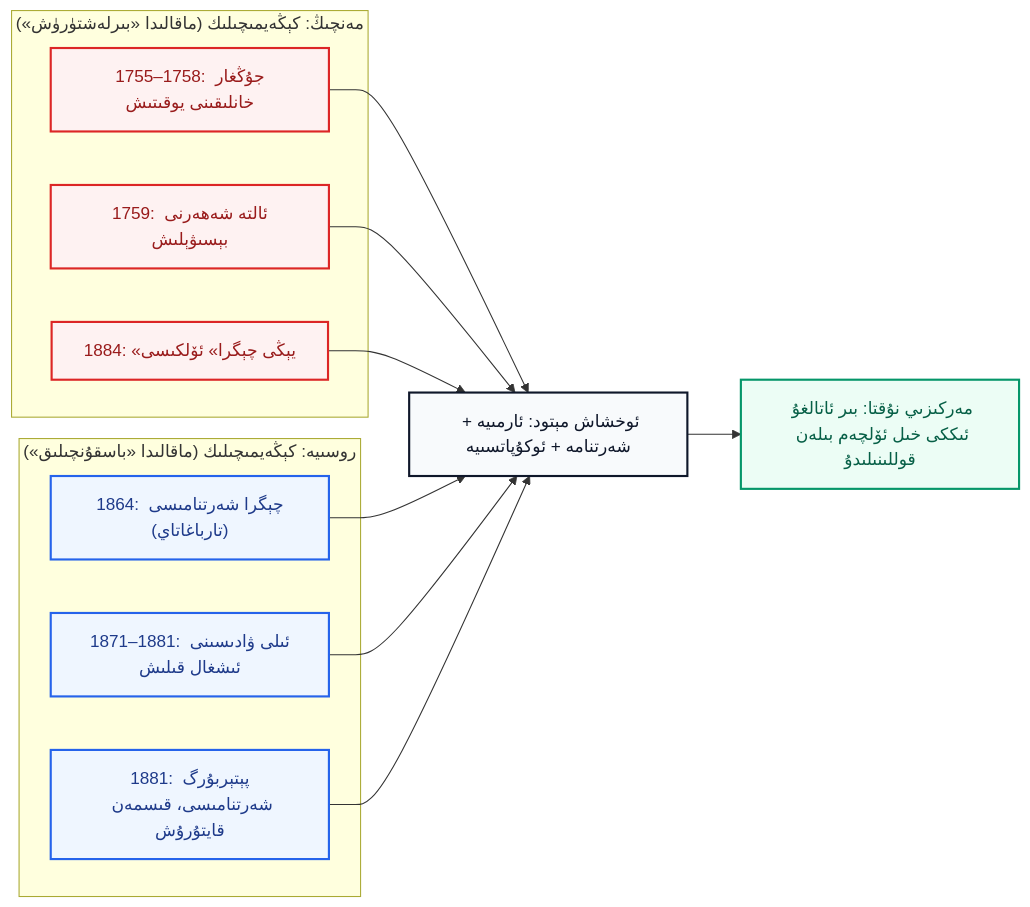
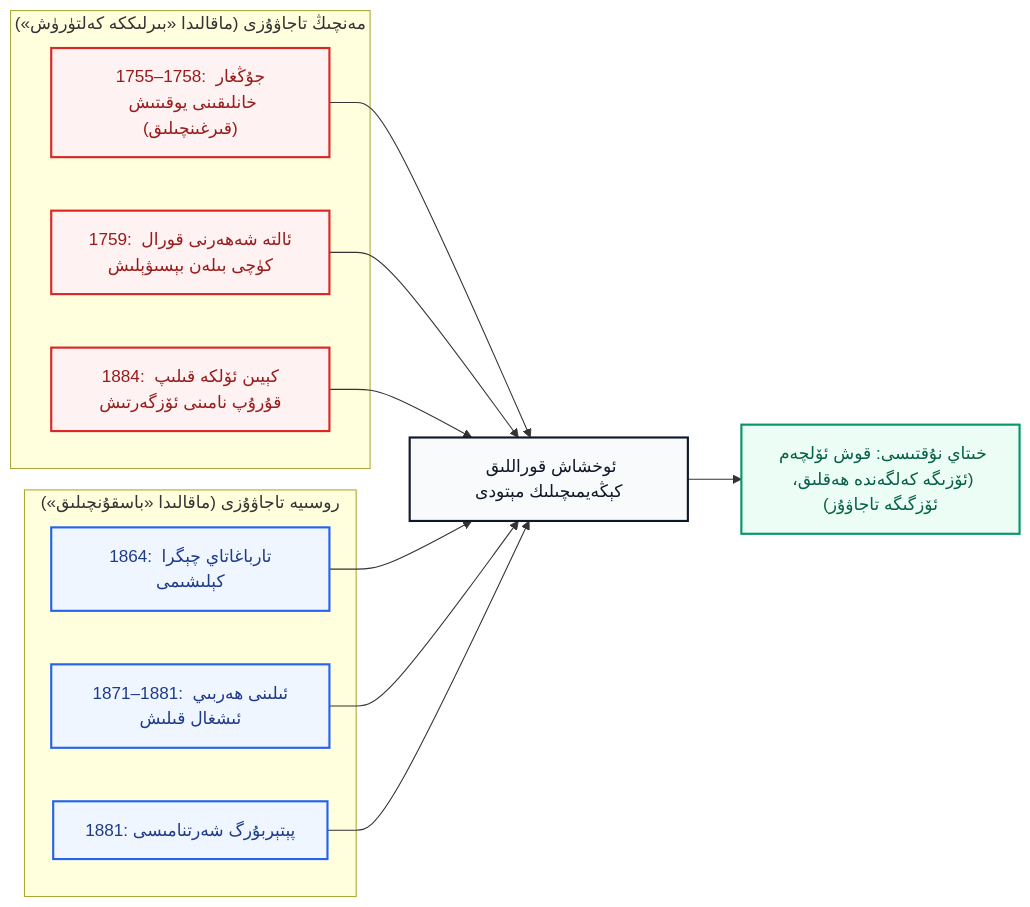
The second of 4 diagrams in _posts/2026-10-25-Xu-Jianying-Tarixiy-Tuzumi-Reddiye-Sherqiy-Turkistan.md (UyCoder/paydilar), drawn with Mermaid before and after one commit. The commit also changed other lines of this file and 1 other file, not shown here.

````diff
--- a/_posts/2026-10-25-Xu-Jianying-Tarixiy-Tuzumi-Reddiye-Sherqiy-Turkistan.md
+++ b/_posts/2026-10-25-Xu-Jianying-Tarixiy-Tuzumi-Reddiye-Sherqiy-Turkistan.md
@@ -82,25 +94,25 @@
 ```mermaid
 flowchart LR
     classDef qing fill:#fef2f2,stroke:#dc2626,stroke-width:2px,color:#991b1b;
     classDef rus fill:#eff6ff,stroke:#2563eb,stroke-width:2px,color:#1e3a8a;
     classDef ours fill:#ecfdf5,stroke:#059669,stroke-width:2px,color:#065f46;
     classDef mid fill:#f8fafc,stroke:#0f172a,stroke-width:2px,color:#0f172a;
 
-    subgraph Q["مەنچىڭ: كېڭەيمىچىلىك (ماقالىدا «بىرلەشتۈرۈش»)"]
-        Q1["1755–1758: جۇڭغار خانلىقىنى يوقىتىش"]:::qing
-        Q2["1759: ئالتە شەھەرنى بېسىۋېلىش"]:::qing
-        Q3["1884: «يېڭى چېگرا» ئۆلكىسى"]:::qing
+    subgraph Q["مەنچىڭ تاجاۋۇزى (ماقالىدا «بىرلىككە كەلتۈرۈش»)"]
+        Q1["1755–1758: جۇڭغار خانلىقىنى يوقىتىش (قىرغىنچىلىق)"]:::qing
+        Q2["1759: ئالتە شەھەرنى قورال كۈچى بىلەن بېسىۋېلىش"]:::qing
+        Q3["1884: كېيىن ئۆلكە قىلىپ قۇرۇپ نامىنى ئۆزگەرتىش"]:::qing
     end
-    subgraph R["روسىيە: كېڭەيمىچىلىك (ماقالىدا «باسقۇنچىلىق»)"]
-        R1["1864: چېگرا شەرتنامىسى (تارباغاتاي)"]:::rus
-        R2["1871–1881: ئىلى ۋادىسىنى ئىشغال قىلىش"]:::rus
-        R3["1881: پېتېربۇرگ شەرتنامىسى، قىسمەن قايتۇرۇش"]:::rus
+    subgraph R["روسىيە تاجاۋۇزى (ماقالىدا «باسقۇنچىلىق»)"]
+        R1["1864: تارباغاتاي چېگرا كېلىشىمى"]:::rus
+        R2["1871–1881: ئىلىنى ھەربىي ئىشغال قىلىش"]:::rus
+        R3["1881: پېتېربۇرگ شەرتنامىسى"]:::rus
     end
-    Q1 --> Z["ئوخشاش مېتود: ئارمىيە + شەرتنامە + ئوكۇپاتسىيە"]:::mid
+    Q1 --> Z["ئوخشاش قوراللىق كېڭەيمىچىلىك مېتودى"]:::mid
     Q2 --> Z
     Q3 --> Z
     R1 --> Z
     R2 --> Z
     R3 --> Z
-    Z --> O["مەركىزىي نۇقتا: بىر ئاتالغۇ ئىككى خىل ئۆلچەم بىلەن قوللىنىلىدۇ"]:::ours
+    Z --> O["خىتاي نۇقتىسى: قوش ئۆلچەم (ئۆزىگە كەلگەندە ھەقلىق، ئۆزگىگە تاجاۋۇز)"]:::ours
 ```
````
